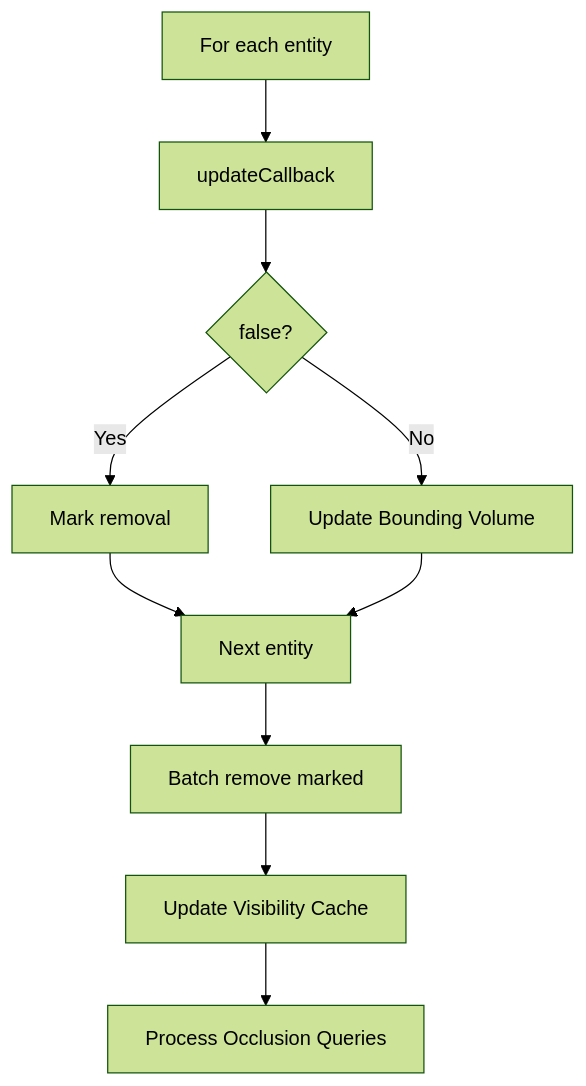
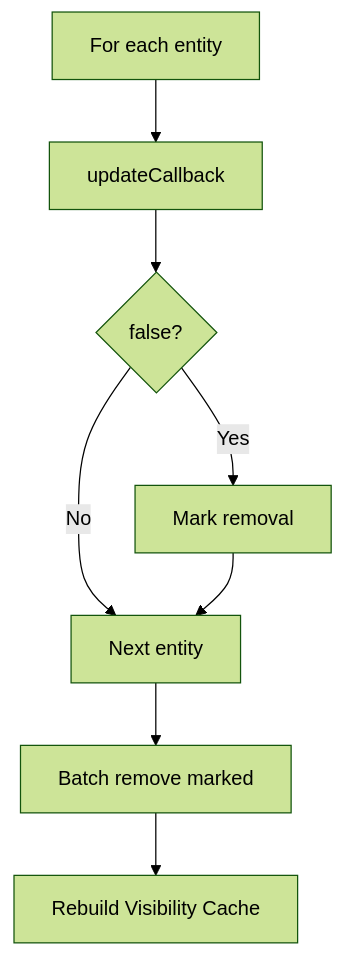
The diagram in docs/scene.md (seriva/simplefps), drawn with Mermaid (forest theme) before and after one commit. The commit also changed other lines of this file and 6 other files, not shown here.

````diff
--- a/docs/scene.md
+++ b/docs/scene.md
@@ -99,12 +90,10 @@
 ```mermaid
 flowchart TD
     Update[For each entity] --> Callback[updateCallback]
     Callback --> Remove{false?}
     Remove -->|Yes| Mark[Mark removal]
-    Remove -->|No| BBox[Update Bounding Volume]
-    Mark --> Next[Next entity]
-    BBox --> Next
+    Remove -->|No| Next[Next entity]
+    Mark --> Next
     Next --> Cleanup[Batch remove marked]
-    Cleanup --> Visibility[Update Visibility Cache]
-    Visibility --> Occlusion[Process Occlusion Queries]
+    Cleanup --> Visibility[Rebuild Visibility Cache]
 ```
````
